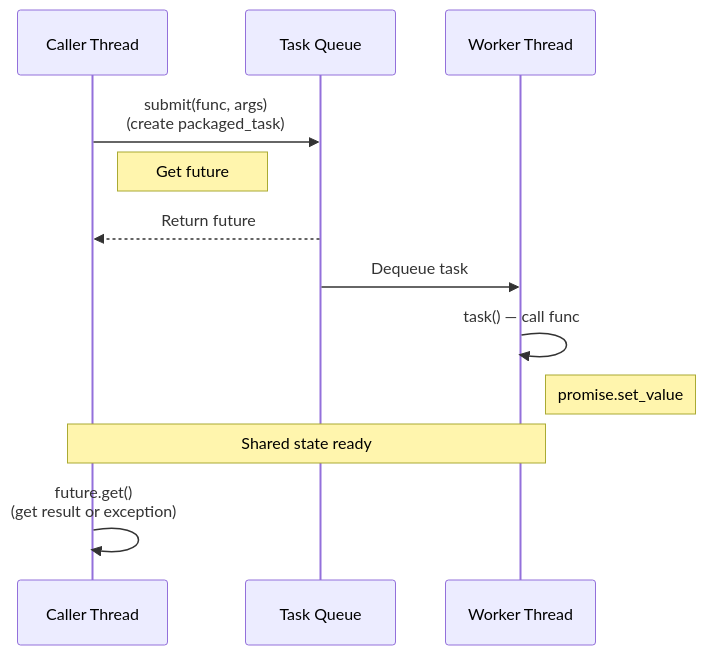
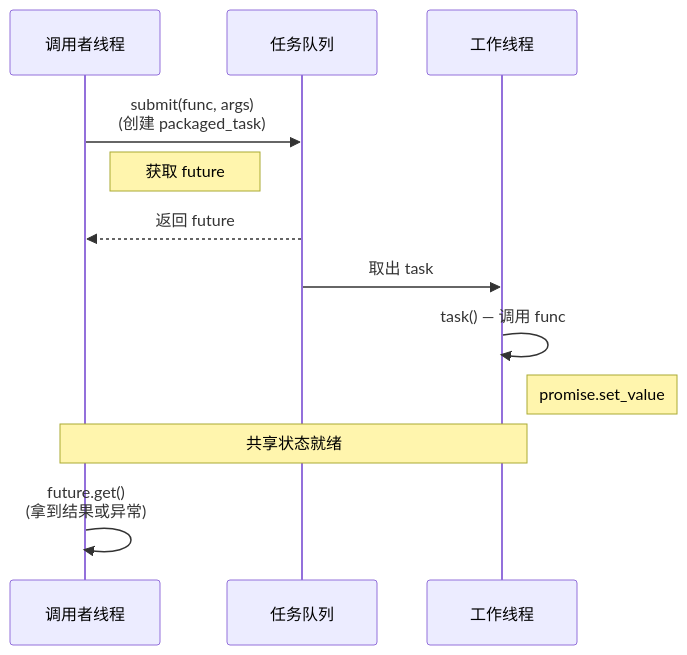
The diagram in documents/en/vol5-concurrency/ch05-future-task-threadpool/02-promise-and-packaged-task.md (Awesome-Embedded-Learning-Studio/Tutorial_AwesomeModernCPP), drawn with Mermaid before and after one commit. The commit also changed other lines of this file and 388 other files, not shown here.

````diff
--- a/documents/en/vol5-concurrency/ch05-future-task-threadpool/02-promise-and-packaged-task.md
+++ b/documents/en/vol5-concurrency/ch05-future-task-threadpool/02-promise-and-packaged-task.md
@@ -442,15 +442,15 @@
 ```mermaid
 sequenceDiagram
-    participant Caller as Caller Thread
-    participant Queue as Task Queue
-    participant Worker as Worker Thread
+    participant 调用者线程
+    participant 任务队列
+    participant 工作线程
 
-    Caller->>Queue: submit(func, args)<br/>(create packaged_task)
-    Note right of Caller: Get future
-    Queue-->>Caller: Return future
-    Queue->>Worker: Dequeue task
-    Worker->>Worker: task() — call func
-    Note right of Worker: promise.set_value
-    Note over Caller,Worker: Shared state ready
-    Caller->>Caller: future.get()<br/>(get result or exception)
+    调用者线程->>任务队列: submit(func, args)<br/>(创建 packaged_task)
+    Note right of 调用者线程: 获取 future
+    任务队列-->>调用者线程: 返回 future
+    任务队列->>工作线程: 取出 task
+    工作线程->>工作线程: task() — 调用 func
+    Note right of 工作线程: promise.set_value
+    Note over 调用者线程,工作线程: 共享状态就绪
+    调用者线程->>调用者线程: future.get()<br/>(拿到结果或异常)
 ```
````
